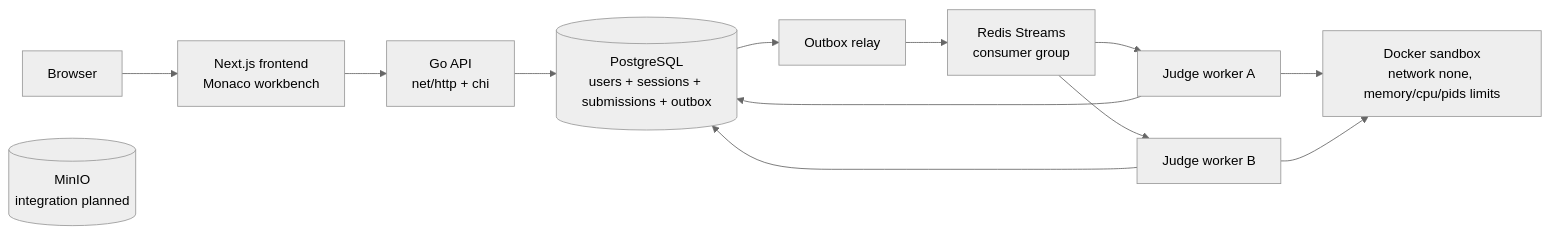
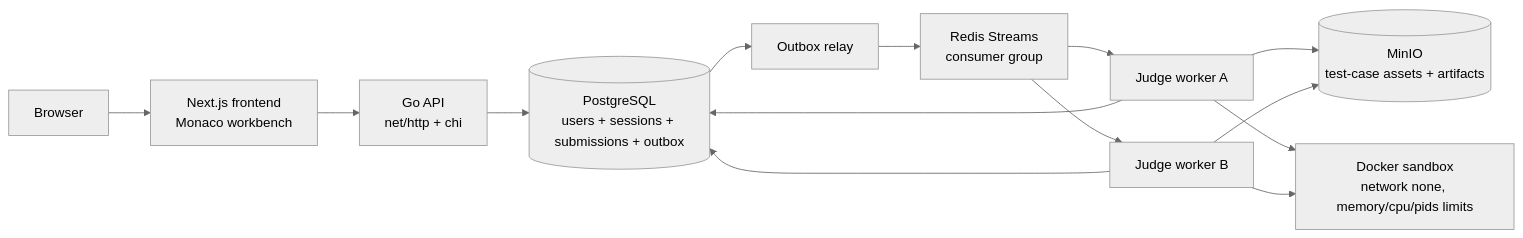
The diagram in README.md (kaii9/codingJudge), drawn with Mermaid (neutral theme) before and after one commit. The commit also changed other lines of this file and 39 other files, not shown here.

````diff
--- a/README.md
+++ b/README.md
@@ -28,15 +28,16 @@
 ```mermaid
 flowchart LR
     Browser[Browser] --> Frontend[Next.js frontend<br/>Monaco workbench]
     Frontend --> API[Go API<br/>net/http + chi]
     API --> Store[(PostgreSQL<br/>users + sessions + submissions + outbox)]
     Store --> Relay[Outbox relay]
     Relay --> Queue[Redis Streams<br/>consumer group]
     Queue --> WorkerA[Judge worker A]
     Queue --> WorkerB[Judge worker B]
     WorkerA --> Store
     WorkerB --> Store
+    WorkerA --> MinIO[(MinIO<br/>test-case assets + artifacts)]
+    WorkerB --> MinIO
     WorkerA --> Docker[Docker sandbox<br/>network none, memory/cpu/pids limits]
     WorkerB --> Docker
-    MinIO[(MinIO<br/>integration planned)]
 ```
````
